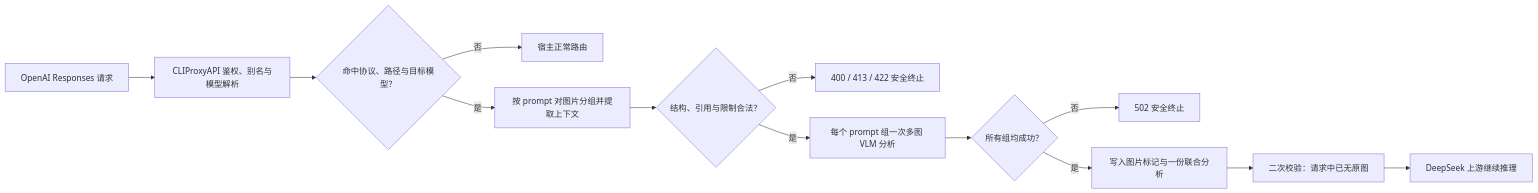
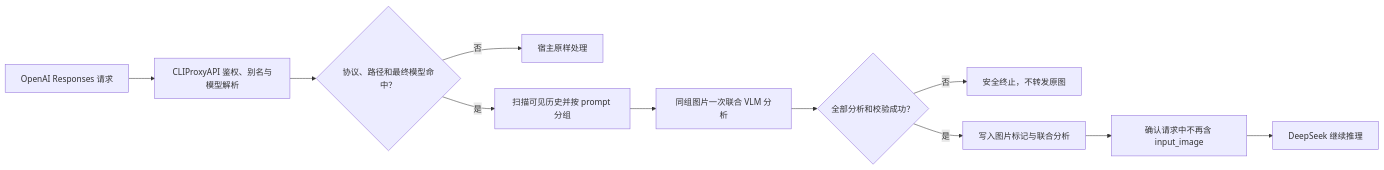
One commit to Zesuy/Plugin-Deepseek-Vision changed the diagram in README.md. Above: the diagram before and after it, drawn with Mermaid. The commit also changed other lines of this file and 19 other files, not shown here.

````diff
--- a/README.md
+++ b/README.md
@@ -76,15 +47,13 @@
 ```mermaid
 flowchart LR
     A["OpenAI Responses 请求"] --> B["CLIProxyAPI 鉴权、别名与模型解析"]
-    B --> C{"命中协议、路径与目标模型？"}
-    C -- "否" --> D["宿主正常路由"]
-    C -- "是" --> E["按 prompt 对图片分组并提取上下文"]
-    E --> V{"结构、引用与限制合法？"}
-    V -- "否" --> H["400 / 413 / 422 安全终止"]
-    V -- "是" --> F["每个 prompt 组一次多图 VLM 分析"]
-    F --> G{"所有组均成功？"}
-    G -- "否" --> X["502 安全终止"]
-    G -- "是" --> I["写入图片标记与一份联合分析"]
-    I --> J["二次校验：请求中已无原图"]
-    J --> K["DeepSeek 上游继续推理"]
+    B --> C{"协议、路径和最终模型命中？"}
+    C -- "否" --> D["宿主原样处理"]
+    C -- "是" --> E["扫描可见历史并按 prompt 分组"]
+    E --> F["同组图片一次联合 VLM 分析"]
+    F --> G{"全部分析和校验成功？"}
+    G -- "否" --> H["安全终止，不转发原图"]
+    G -- "是" --> I["写入图片标记与联合分析"]
+    I --> J["确认请求中不再含 input_image"]
+    J --> K["DeepSeek 继续推理"]
 ```
````
